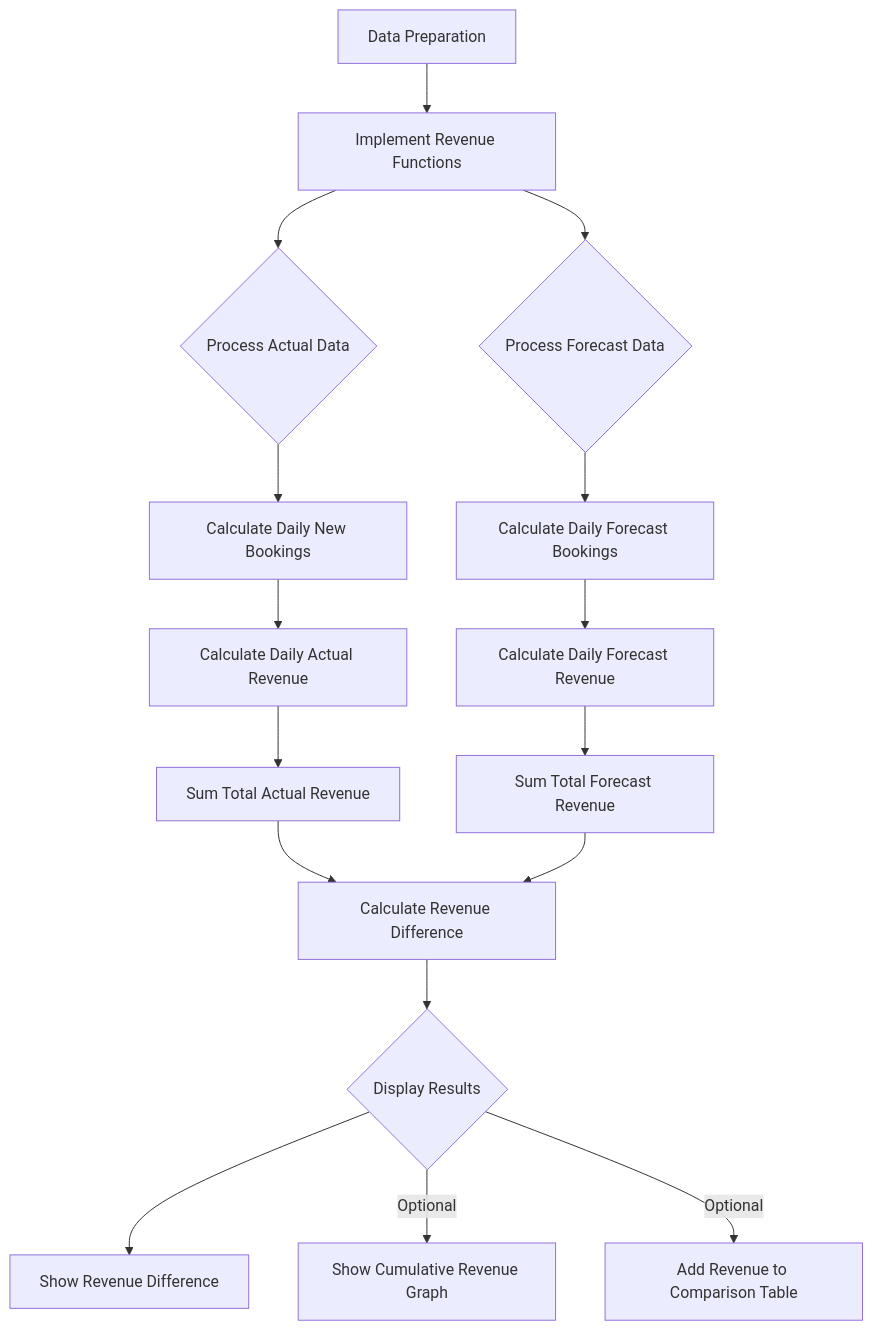
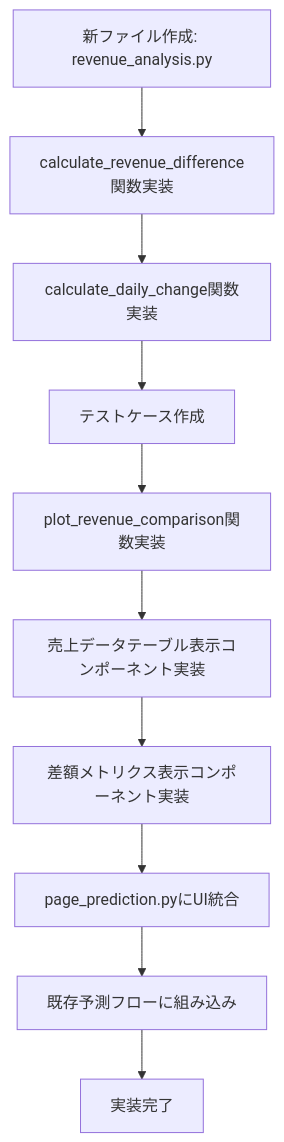
One commit to RyosukeTanaka/toyota-lecture changed the second of 3 diagrams in next_steps.md. Above: the diagram before and after it, drawn with Mermaid. The commit also changed other lines of this file, not shown here.

````diff
--- a/next_steps.md
+++ b/next_steps.md
@@ -41,18 +193,12 @@
 ```mermaid
 graph TD
-    A[Data Preparation] --> B[Implement Revenue Functions]
-    B --> C{Process Actual Data}
-    C --> D[Calculate Daily New Bookings]
-    D --> E[Calculate Daily Actual Revenue]
-    E --> F[Sum Total Actual Revenue]
-    B --> G{Process Forecast Data}
-    G --> H[Calculate Daily Forecast Bookings]
-    H --> I[Calculate Daily Forecast Revenue]
-    I --> J[Sum Total Forecast Revenue]
-    F --> K[Calculate Revenue Difference]
-    J --> K
-    K --> L{Display Results}
-    L --> M[Show Revenue Difference]
-    L -- Optional --> N[Show Cumulative Revenue Graph]
-    L -- Optional --> O[Add Revenue to Comparison Table]
+    A[新ファイル作成: revenue_analysis.py] --> B[calculate_revenue_difference関数実装]
+    B --> C[calculate_daily_change関数実装]
+    C --> D[テストケース作成]
+    D --> E[plot_revenue_comparison関数実装]
+    E --> F[売上データテーブル表示コンポーネント実装]
+    F --> G[差額メトリクス表示コンポーネント実装]
+    G --> H[page_prediction.pyにUI統合]
+    H --> I[既存予測フローに組み込み]
+    I --> J[実装完了]
 ```
````
